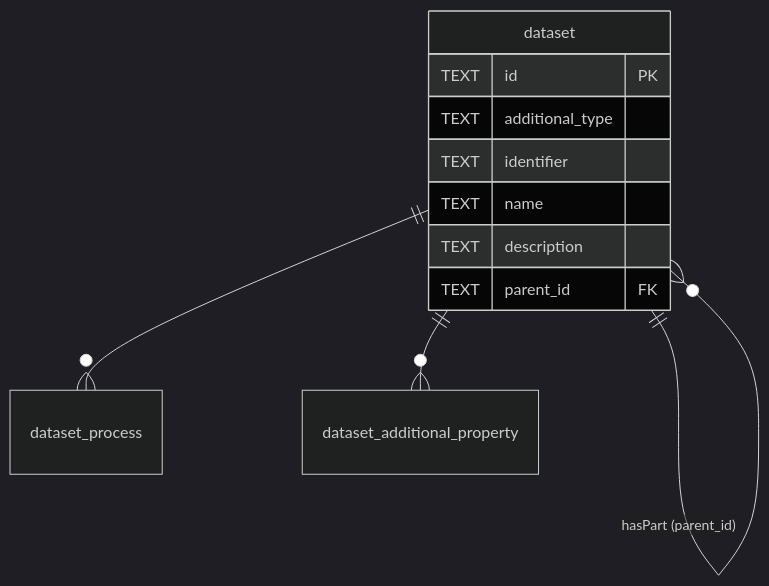
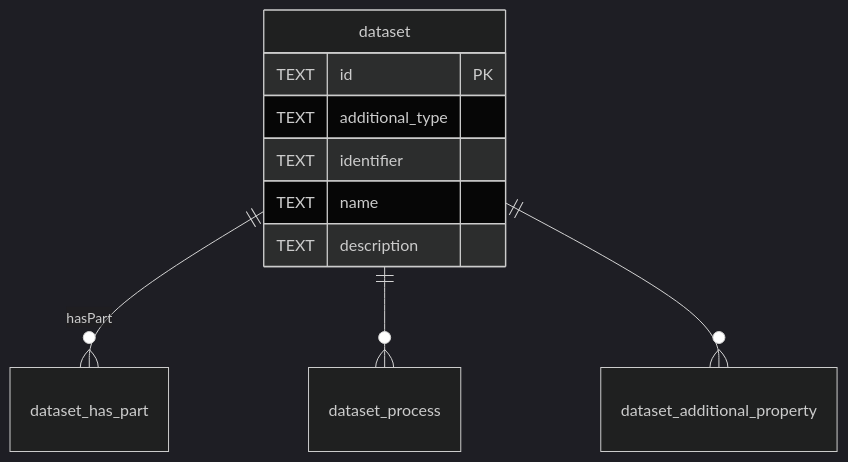
The fifth of 18 diagrams in schemas/sql/design.md (HLWeil/ProcessCore), drawn with Mermaid (dark theme) before and after one commit. The commit also changed other lines of this file, not shown here.

Commit message:
docs: improve SQL schema design plan

````diff
--- a/schemas/sql/design.md
+++ b/schemas/sql/design.md
@@ -162,14 +164,13 @@
 ```mermaid
 erDiagram
     dataset {
         TEXT id PK
         TEXT additional_type
         TEXT identifier
         TEXT name
         TEXT description
-        TEXT parent_id FK
     }
-    dataset ||--o{ dataset : "hasPart (parent_id)"
+    dataset ||--o{ dataset_has_part : "hasPart"
     dataset ||--o{ dataset_process : ""
     dataset ||--o{ dataset_additional_property : ""
 ```
````
